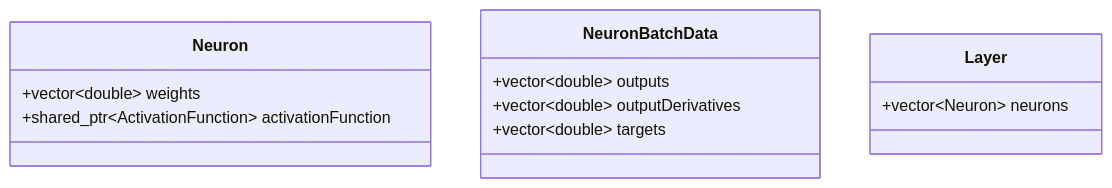
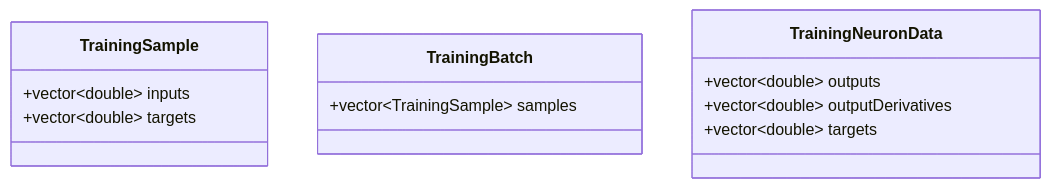
The fourth of 6 diagrams in README.md (alejandrofsevilla/neural-network-notes), drawn with Mermaid before and after one commit. The commit also changed other lines of this file, not shown here.

````diff
--- a/README.md
+++ b/README.md
@@ -330,14 +330,14 @@
 ```mermaid
 classDiagram
-class Neuron
-Neuron: +vector~double~ weights
-Neuron: +shared_ptr~ActivationFunction~ activationFunction
+class TrainingSample
+TrainingSample: +vector~double~ inputs
+TrainingSample: +vector~double~ targets
 
-class NeuronBatchData
-NeuronBatchData: +vector~double~ outputs
-NeuronBatchData: +vector~double~ outputDerivatives
-NeuronBatchData: +vector~double~ targets
+class TrainingBatch
+TrainingBatch: +vector~TrainingSample~ samples
 
-class Layer
-Layer: +vector~Neuron~ neurons
+class TrainingNeuronData
+TrainingNeuronData: +vector~double~ outputs
+TrainingNeuronData: +vector~double~ outputDerivatives
+TrainingNeuronData: +vector~double~ targets
 ```
````
